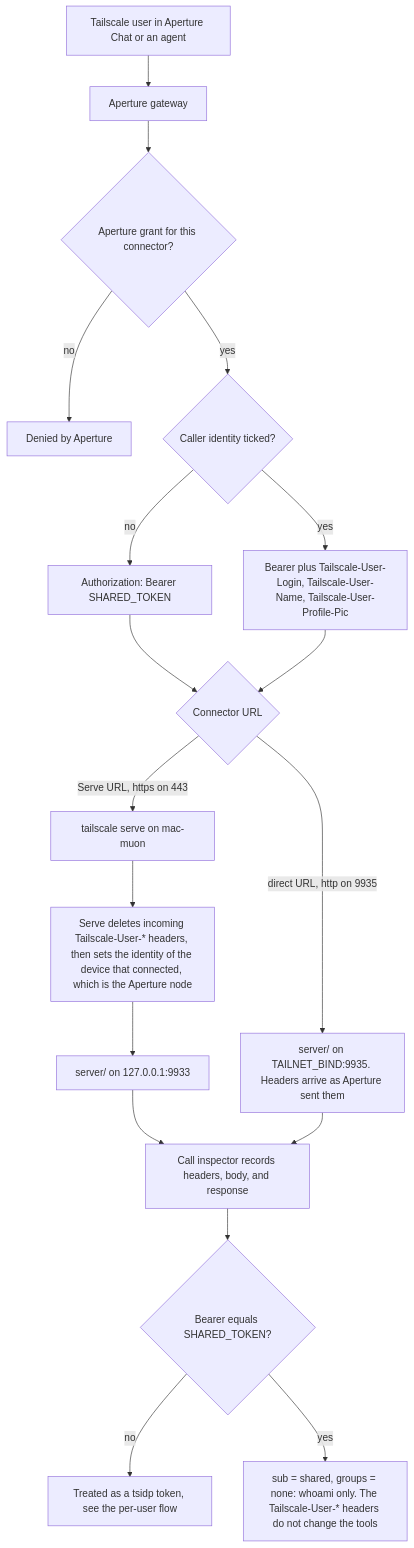
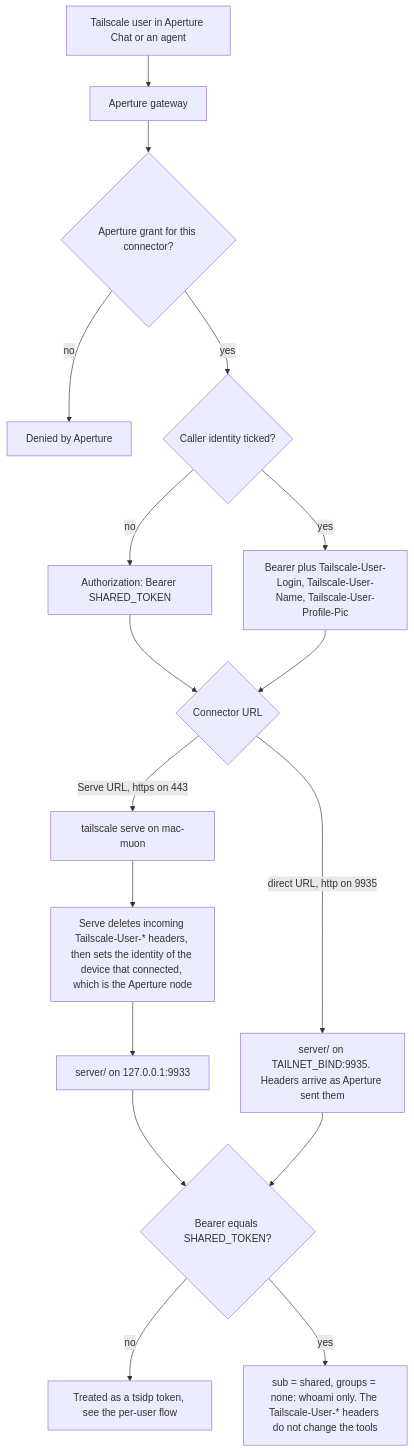
The first of 2 diagrams in README.md (Vin-dictive/tsidp-mcp-example), drawn with Mermaid before and after one commit. The commit also changed other lines of this file and 10 other files, not shown here.

````diff
--- a/README.md
+++ b/README.md
@@ -21,23 +21,22 @@
 ```mermaid
 flowchart TD
   user["Tailscale user in Aperture Chat or an agent"] --> aperture["Aperture gateway"]
   aperture --> grant{"Aperture grant for this connector?"}
   grant -- no --> denied["Denied by Aperture"]
   grant -- yes --> ticked{"Caller identity ticked?"}
   ticked -- no --> plain["Authorization: Bearer SHARED_TOKEN"]
   ticked -- yes --> headers["Bearer plus Tailscale-User-Login, Tailscale-User-Name, Tailscale-User-Profile-Pic"]
   plain --> url{"Connector URL"}
   headers --> url
 
   url -- Serve URL, https on 443 --> serve["tailscale serve on mac-muon"]
   serve --> strip["Serve deletes incoming Tailscale-User-* headers, then sets the identity of the device that connected, which is the Aperture node"]
   strip --> local["server/ on 127.0.0.1:9933"]
 
   url -- direct URL, http on 9935 --> direct["server/ on TAILNET_BIND:9935. Headers arrive as Aperture sent them"]
 
-  local --> record["Call inspector records headers, body, and response"]
-  direct --> record
-  record --> sharedok{"Bearer equals SHARED_TOKEN?"}
+  local --> sharedok{"Bearer equals SHARED_TOKEN?"}
+  direct --> sharedok
   sharedok -- no --> introspect["Treated as a tsidp token, see the per-user flow"]
   sharedok -- yes --> sharedtools["sub = shared, groups = none: whoami only. The Tailscale-User-* headers do not change the tools"]
 ```
````
